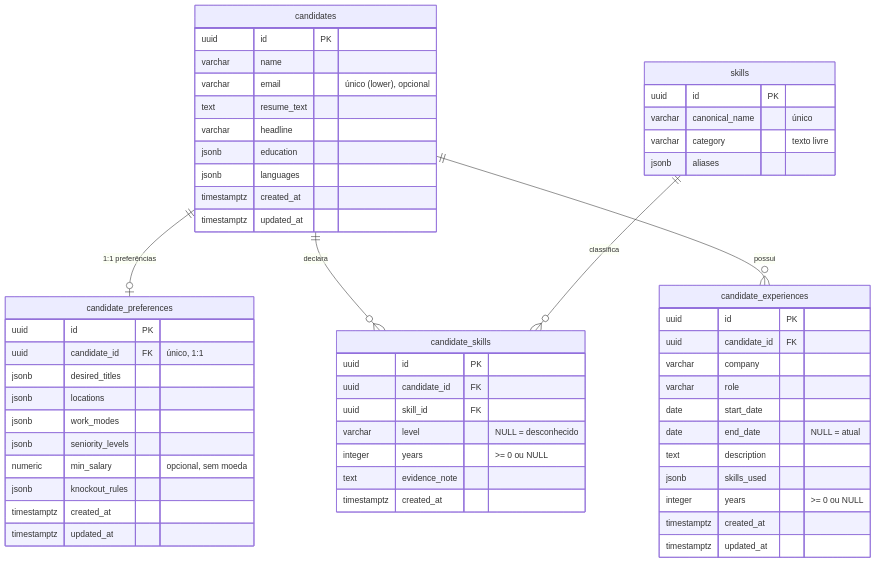
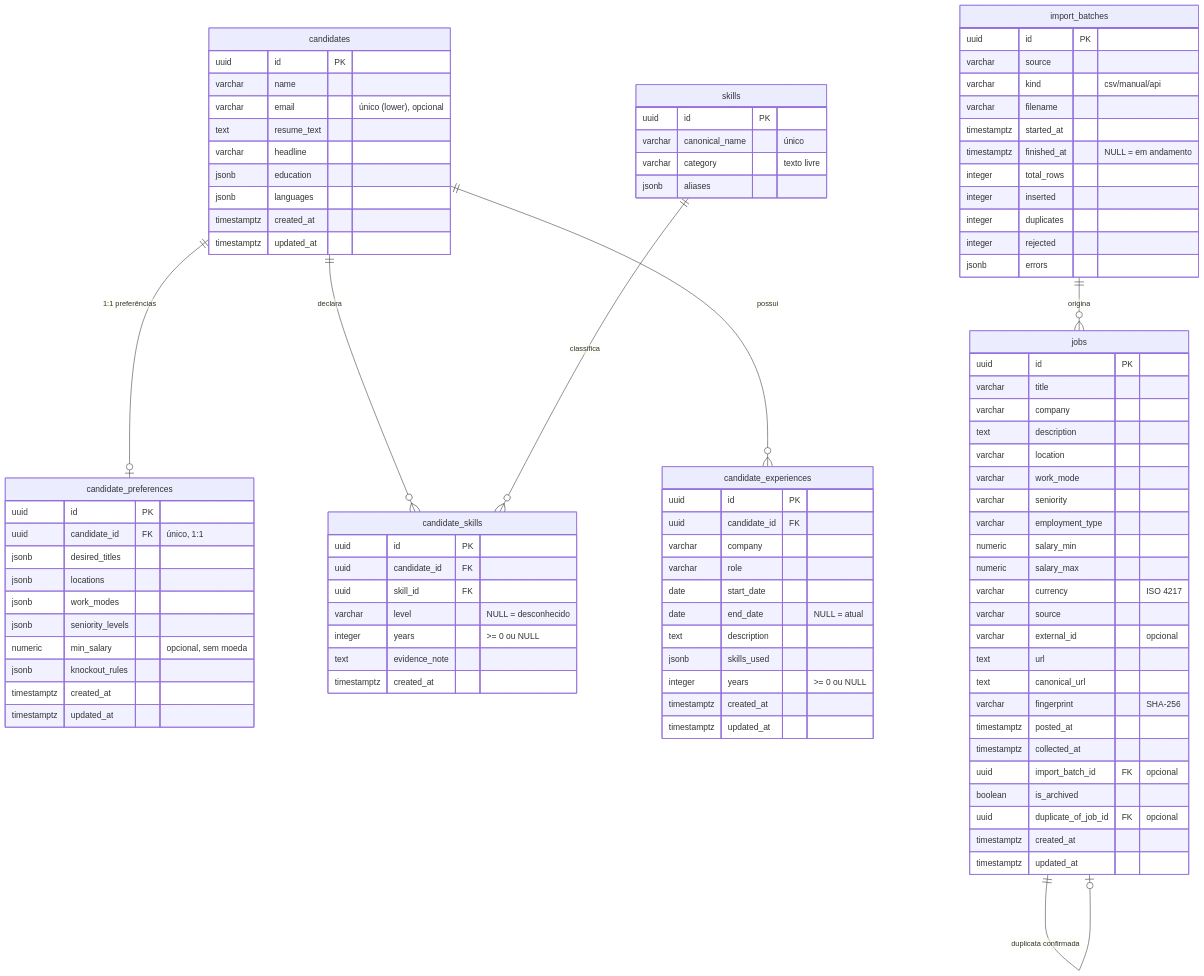
Before and after one commit to JoaumPdr/jobpilot-ai: the diagram in docs/data-model.md, drawn with Mermaid. The commit also changed other lines of this file and 7 other files, not shown here.

````diff
--- a/docs/data-model.md
+++ b/docs/data-model.md
@@ -27,6 +31,8 @@
     candidates ||--o{ candidate_skills : "declara"
     candidates ||--o{ candidate_experiences : "possui"
     skills ||--o{ candidate_skills : "classifica"
+    import_batches ||--o{ jobs : "origina"
+    jobs ||--o| jobs : "duplicata confirmada"
 
     candidates {
         uuid id PK
@@ -83,4 +89,44 @@
         timestamptz created_at
         timestamptz updated_at
     }
+
+    import_batches {
+        uuid id PK
+        varchar source
+        varchar kind "csv/manual/api"
+        varchar filename
+        timestamptz started_at
+        timestamptz finished_at "NULL = em andamento"
+        integer total_rows
+        integer inserted
+        integer duplicates
+        integer rejected
+        jsonb errors
+    }
+
+    jobs {
+        uuid id PK
+        varchar title
+        varchar company
+        text description
+        varchar location
+        varchar work_mode
+        varchar seniority
+        varchar employment_type
+        numeric salary_min
+        numeric salary_max
+        varchar currency "ISO 4217"
+        varchar source
+        varchar external_id "opcional"
+        text url
+        text canonical_url
+        varchar fingerprint "SHA-256"
+        timestamptz posted_at
+        timestamptz collected_at
+        uuid import_batch_id FK "opcional"
+        boolean is_archived
+        uuid duplicate_of_job_id FK "opcional"
+        timestamptz created_at
+        timestamptz updated_at
+    }
 ```
````
